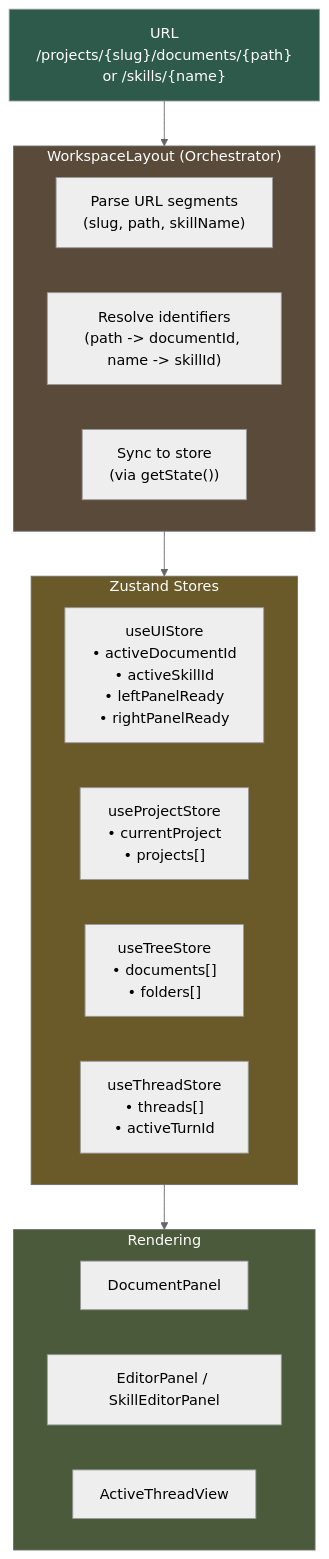
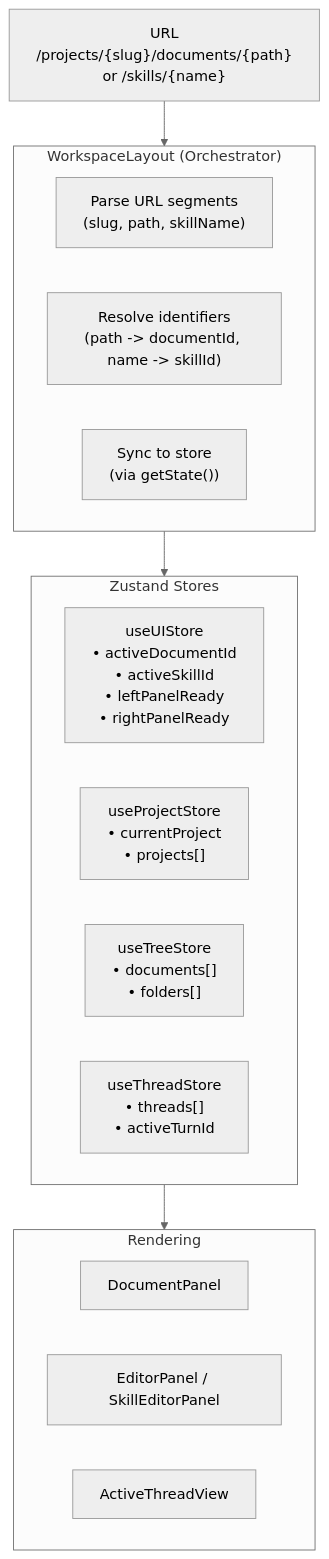
One commit to haowjy/meridian-flow changed the first of 4 diagrams in _docs/technical/frontend/architecture/layout-data-flow.md. Above: the diagram before and after it, drawn with Mermaid (neutral theme). The commit also changed other lines of this file and 46 other files, not shown here.

````diff
--- a/_docs/technical/frontend/architecture/layout-data-flow.md
+++ b/_docs/technical/frontend/architecture/layout-data-flow.md
@@ -12,32 +12,28 @@
 ```mermaid
 flowchart TB
     URL["URL<br/>/projects/{slug}/documents/{path}<br/>or /skills/{name}"]
 
     subgraph WL["WorkspaceLayout (Orchestrator)"]
         Parse["Parse URL segments<br/>(slug, path, skillName)"]
         Resolve["Resolve identifiers<br/>(path -> documentId, name -> skillId)"]
         Sync["Sync to store<br/>(via getState())"]
     end
 
     subgraph Stores["Zustand Stores"]
         UI["useUIStore<br/>• activeDocumentId<br/>• activeSkillId<br/>• leftPanelReady<br/>• rightPanelReady"]
         Project["useProjectStore<br/>• currentProject<br/>• projects[]"]
         Tree["useTreeStore<br/>• documents[]<br/>• folders[]"]
         Thread["useThreadStore<br/>• threads[]<br/>• activeTurnId"]
     end
 
     subgraph Components["Rendering"]
         Panel["DocumentPanel"]
         Editor["EditorPanel / SkillEditorPanel"]
         Chat["ActiveThreadView"]
     end
 
     URL --> WL
     WL --> Stores
     Stores --> Components
 
-    style URL fill:#2d5a4a,color:#fff
-    style WL fill:#5a4a3a,color:#fff
-    style Stores fill:#6a5a2a,color:#fff
-    style Components fill:#4a5a3a,color:#fff
 ```
````
